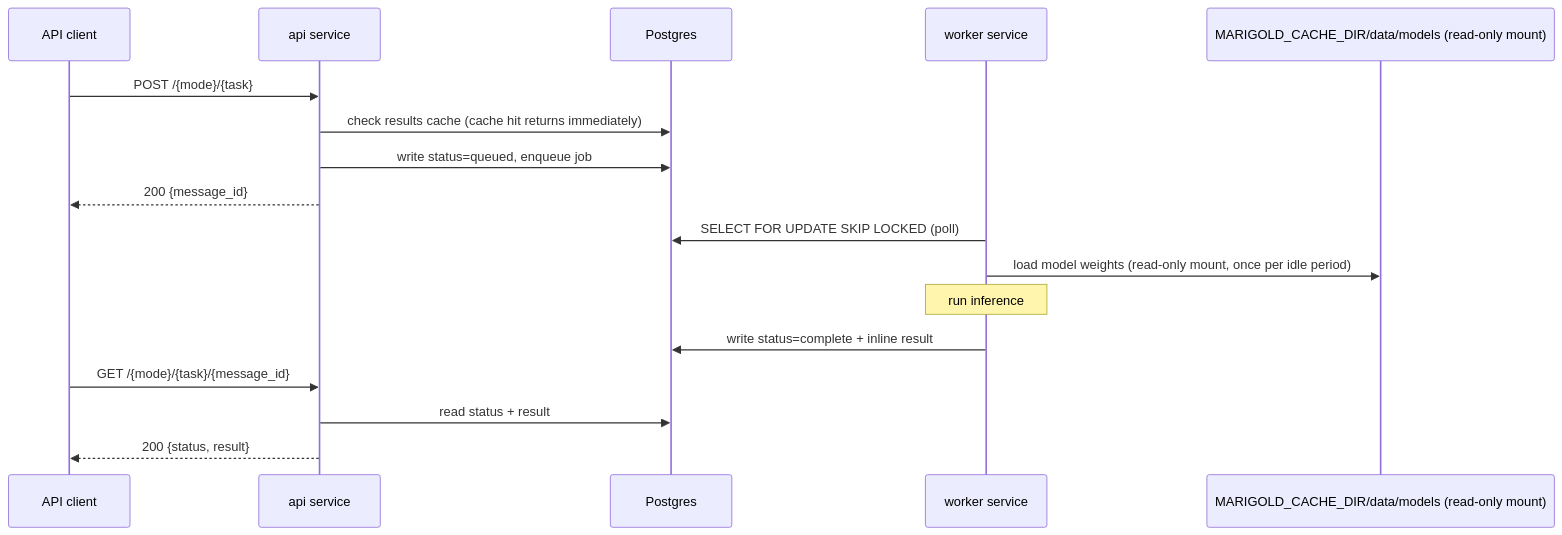
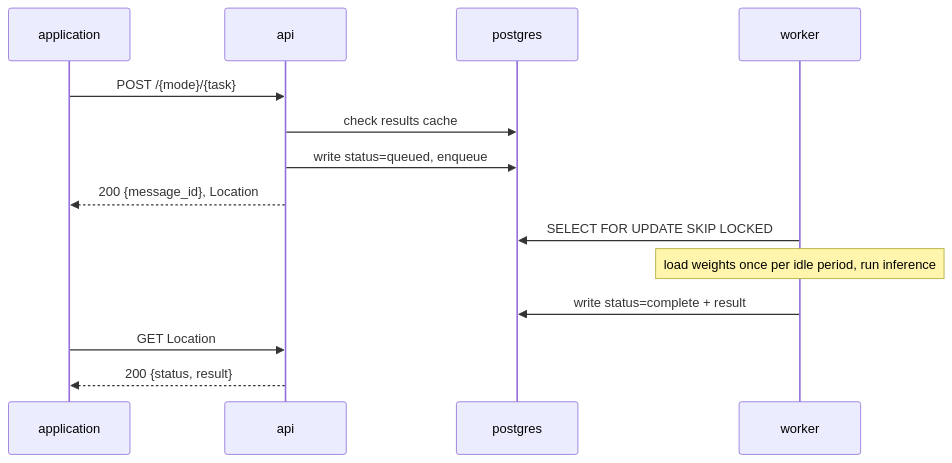
One commit to bayinfosys/marigold changed the second of 2 diagrams in README.md. Above: the diagram before and after it, drawn with Mermaid. The commit also changed other lines of this file and 28 other files, not shown here.

````diff
--- a/README.md
+++ b/README.md
@@ -155,22 +180,17 @@
 ```mermaid
 sequenceDiagram
-    participant C as API client
-    participant A as api service
-    participant P as Postgres
-    participant W as worker service
-    participant M as MARIGOLD_CACHE_DIR/data/models (read-only mount)
+    participant C as application
+    participant A as api
+    participant P as postgres
+    participant W as worker
 
     C->>A: POST /{mode}/{task}
-    A->>P: check results cache (cache hit returns immediately)
-    A->>P: write status=queued, enqueue job
-    A-->>C: 200 {message_id}
-
-    W->>P: SELECT FOR UPDATE SKIP LOCKED (poll)
-    W->>M: load model weights (read-only mount, once per idle period)
-    Note over W: run inference
-    W->>P: write status=complete + inline result
-
-    C->>A: GET /{mode}/{task}/{message_id}
-    A->>P: read status + result
+    A->>P: check results cache
+    A->>P: write status=queued, enqueue
+    A-->>C: 200 {message_id}, Location
+    W->>P: SELECT FOR UPDATE SKIP LOCKED
+    Note over W: load weights once per idle period, run inference
+    W->>P: write status=complete + result
+    C->>A: GET Location
     A-->>C: 200 {status, result}
 ```
````
